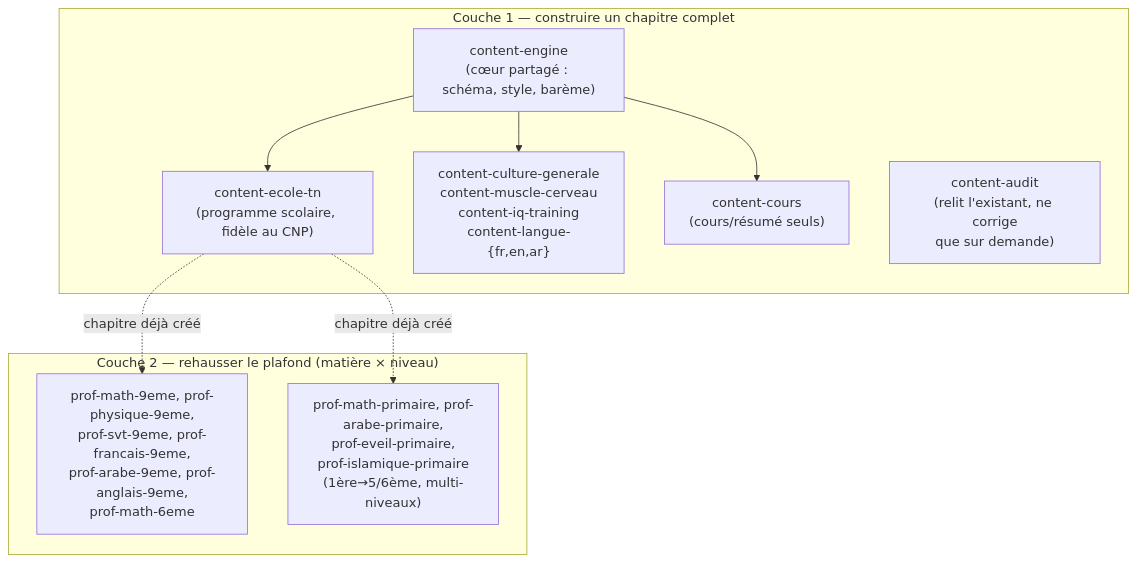
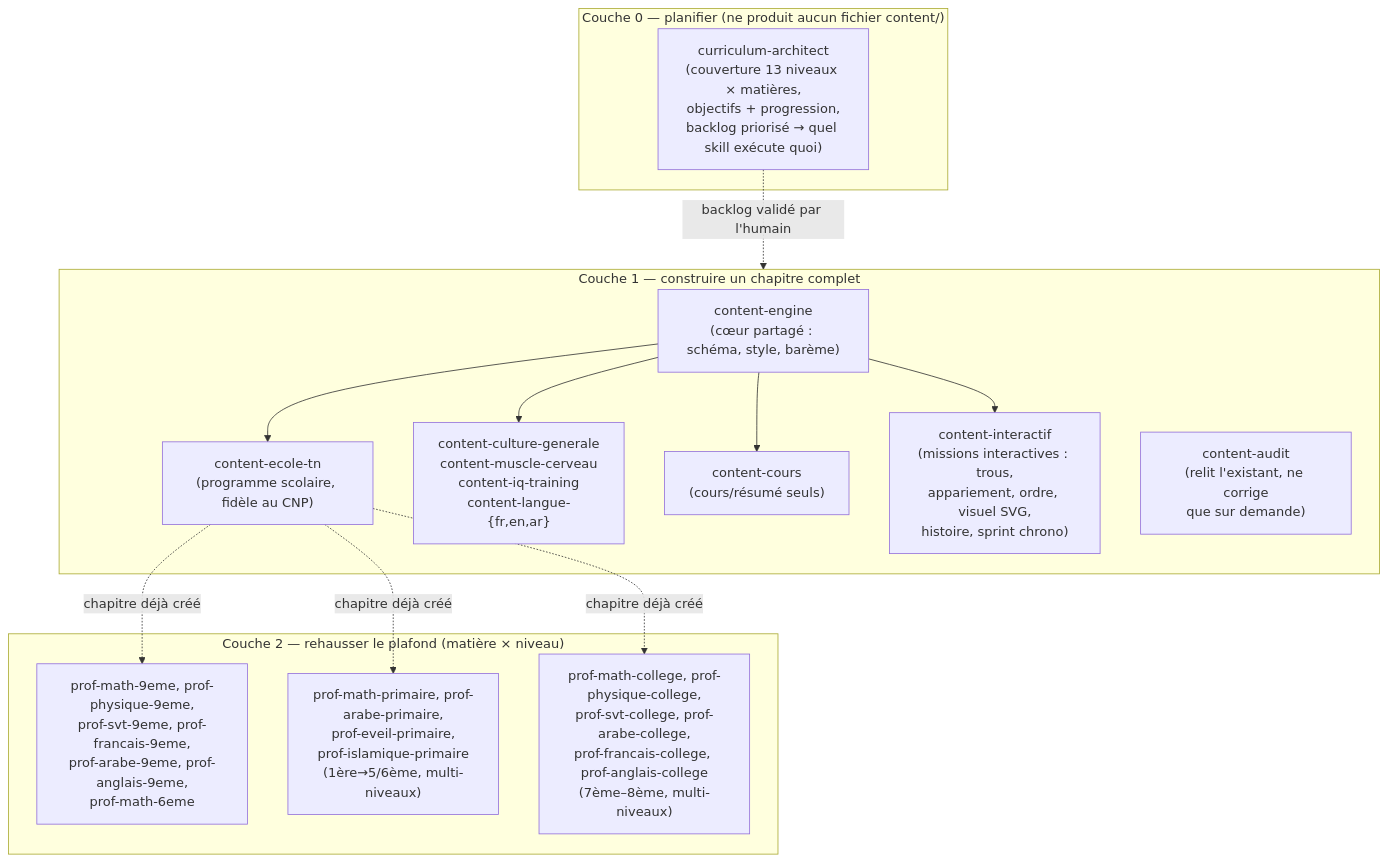
Before and after one commit to MBeji/yahia-quest-arena: the fourth of 10 diagrams in docs/content-generation-pipeline.md, drawn with Mermaid. The commit also changed other lines of this file and 15 other files, not shown here.

````diff
--- a/docs/content-generation-pipeline.md
+++ b/docs/content-generation-pipeline.md
@@ -129,21 +130,30 @@
 ```mermaid
 flowchart TD
+    subgraph L0["Couche 0 — planifier (ne produit aucun fichier content/)"]
+        CA["curriculum-architect\n(couverture 13 niveaux × matières,\nobjectifs + progression,\nbacklog priorisé → quel skill exécute quoi)"]
+    end
+
     subgraph L1["Couche 1 — construire un chapitre complet"]
         CE["content-engine\n(cœur partagé : schéma, style, barème)"]
         W1["content-ecole-tn\n(programme scolaire, fidèle au CNP)"]
         W2["content-culture-generale\ncontent-muscle-cerveau\ncontent-iq-training\ncontent-langue-{fr,en,ar}"]
         W3["content-cours\n(cours/résumé seuls)"]
+        W5["content-interactif\n(missions interactives : trous,\nappariement, ordre, visuel SVG,\nhistoire, sprint chrono)"]
         W4["content-audit\n(relit l'existant, ne corrige\nque sur demande)"]
         CE --> W1
         CE --> W2
         CE --> W3
+        CE --> W5
     end
 
     subgraph L2["Couche 2 — rehausser le plafond (matière × niveau)"]
         P1["prof-math-9eme, prof-physique-9eme,\nprof-svt-9eme, prof-francais-9eme,\nprof-arabe-9eme, prof-anglais-9eme,\nprof-math-6eme"]
         P2["prof-math-primaire, prof-arabe-primaire,\nprof-eveil-primaire,\nprof-islamique-primaire\n(1ère→5/6ème, multi-niveaux)"]
+        P3["prof-math-college, prof-physique-college,\nprof-svt-college, prof-arabe-college,\nprof-francais-college, prof-anglais-college\n(7ème–8ème, multi-niveaux)"]
     end
 
+    CA -.->|"backlog validé par l'humain"| L1
     W1 -.->|"chapitre déjà créé"| P1
     W1 -.->|"chapitre déjà créé"| P2
+    W1 -.->|"chapitre déjà créé"| P3
 ```
````
